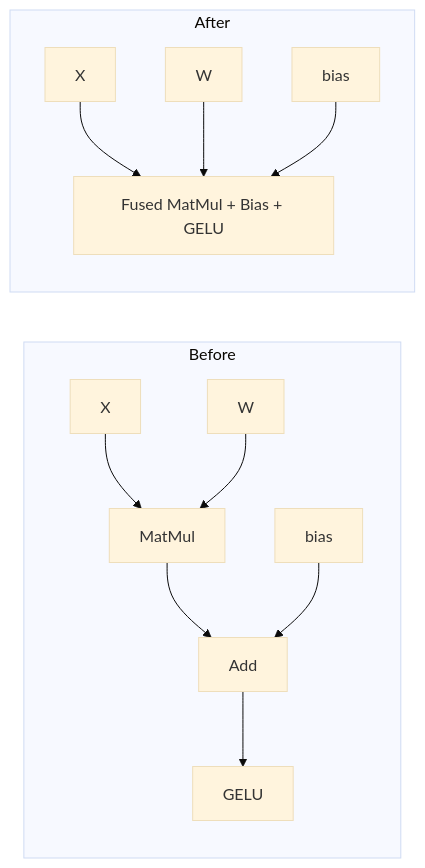
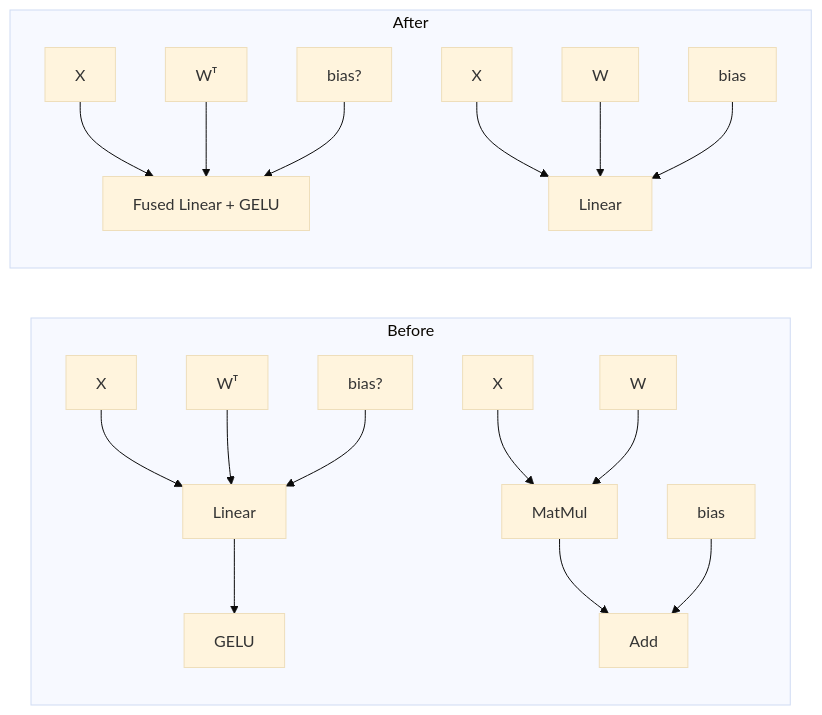
Before and after one commit to rayhankhilji/ForgeML: the second of 5 diagrams in README.md, drawn with Mermaid (base theme). The commit also changed other lines of this file and 14 other files, not shown here.

````diff
--- a/README.md
+++ b/README.md
@@ -221,15 +221,21 @@
 ```mermaid
 flowchart LR
     subgraph Before
-        X1[X] --> MM[MatMul]
-        W1[W] --> MM
+        X1[X] --> L[Linear]
+        W1[Wᵀ] --> L
+        B1[bias?] --> L
+        L --> G[GELU]
+        X3[X] --> MM[MatMul]
+        W3[W] --> MM
         MM --> ADD[Add]
-        B1[bias] --> ADD
-        ADD --> G[GELU]
+        B3[bias] --> ADD
     end
     subgraph After
-        X2[X] --> F[Fused MatMul + Bias + GELU]
-        W2[W] --> F
-        B2[bias] --> F
+        X2[X] --> F[Fused Linear + GELU]
+        W2[Wᵀ] --> F
+        B2[bias?] --> F
+        X4[X] --> L2[Linear]
+        W4[W] --> L2
+        B4[bias] --> L2
     end
 ```
````
